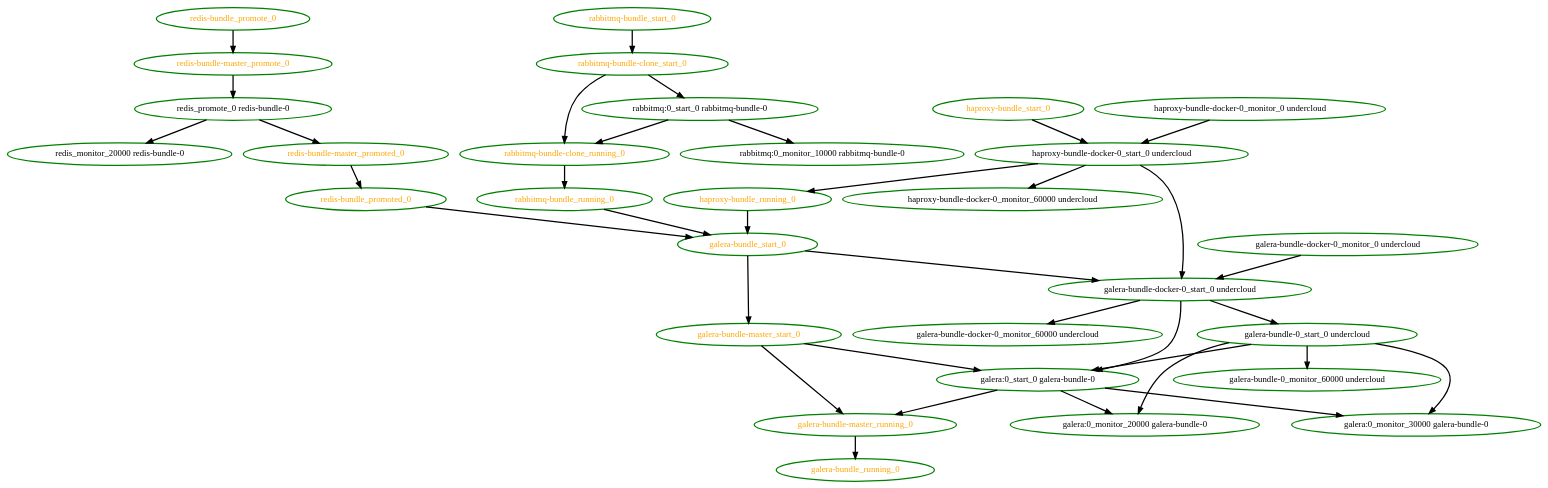
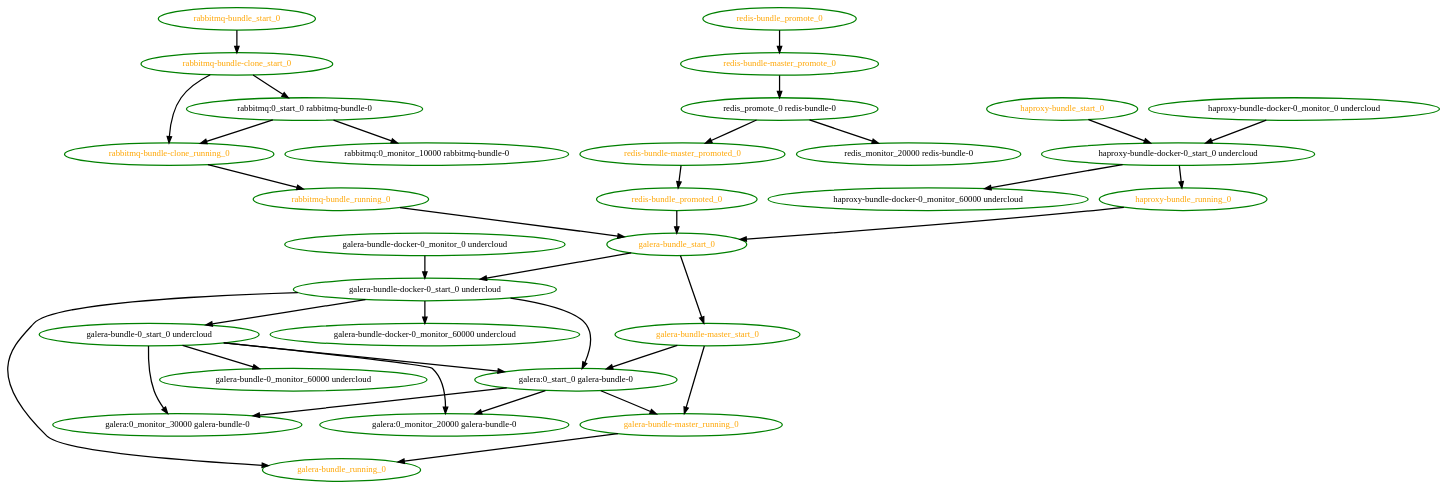
Before and after one commit to ClusterLabs/pacemaker: the diagram in pengine/test10/bundle-order-partial-start.dot, drawn with Graphviz. The commit also changed 12 other files, not shown here.

```diff
--- a/pengine/test10/bundle-order-partial-start.dot
+++ b/pengine/test10/bundle-order-partial-start.dot
@@ -1,66 +1,66 @@
 digraph "g" {
 "galera-bundle-0_monitor_60000 undercloud" [ style=bold color="green" fontcolor="black"]
 "galera-bundle-0_start_0 undercloud" -> "galera-bundle-0_monitor_60000 undercloud" [ style = bold]
 "galera-bundle-0_start_0 undercloud" -> "galera:0_monitor_20000 galera-bundle-0" [ style = bold]
 "galera-bundle-0_start_0 undercloud" -> "galera:0_monitor_30000 galera-bundle-0" [ style = bold]
 "galera-bundle-0_start_0 undercloud" -> "galera:0_start_0 galera-bundle-0" [ style = bold]
 "galera-bundle-0_start_0 undercloud" [ style=bold color="green" fontcolor="black"]
 "galera-bundle-docker-0_monitor_0 undercloud" -> "galera-bundle-docker-0_start_0 undercloud" [ style = bold]
 "galera-bundle-docker-0_monitor_0 undercloud" [ style=bold color="green" fontcolor="black"]
 "galera-bundle-docker-0_monitor_60000 undercloud" [ style=bold color="green" fontcolor="black"]
 "galera-bundle-docker-0_start_0 undercloud" -> "galera-bundle-0_start_0 undercloud" [ style = bold]
 "galera-bundle-docker-0_start_0 undercloud" -> "galera-bundle-docker-0_monitor_60000 undercloud" [ style = bold]
+"galera-bundle-docker-0_start_0 undercloud" -> "galera-bundle_running_0" [ style = bold]
 "galera-bundle-docker-0_start_0 undercloud" -> "galera:0_start_0 galera-bundle-0" [ style = bold]
 "galera-bundle-docker-0_start_0 undercloud" [ style=bold color="green" fontcolor="black"]
 "galera-bundle-master_running_0" -> "galera-bundle_running_0" [ style = bold]
 "galera-bundle-master_running_0" [ style=bold color="green" fontcolor="orange"]
 "galera-bundle-master_start_0" -> "galera-bundle-master_running_0" [ style = bold]
 "galera-bundle-master_start_0" -> "galera:0_start_0 galera-bundle-0" [ style = bold]
 "galera-bundle-master_start_0" [ style=bold color="green" fontcolor="orange"]
 "galera-bundle_running_0" [ style=bold color="green" fontcolor="orange"]
 "galera-bundle_start_0" -> "galera-bundle-docker-0_start_0 undercloud" [ style = bold]
 "galera-bundle_start_0" -> "galera-bundle-master_start_0" [ style = bold]
 "galera-bundle_start_0" [ style=bold color="green" fontcolor="orange"]
 "galera:0_monitor_20000 galera-bundle-0" [ style=bold color="green" fontcolor="black"]
 "galera:0_monitor_30000 galera-bundle-0" [ style=bold color="green" fontcolor="black"]
 "galera:0_start_0 galera-bundle-0" -> "galera-bundle-master_running_0" [ style = bold]
 "galera:0_start_0 galera-bundle-0" -> "galera:0_monitor_20000 galera-bundle-0" [ style = bold]
 "galera:0_start_0 galera-bundle-0" -> "galera:0_monitor_30000 galera-bundle-0" [ style = bold]
 "galera:0_start_0 galera-bundle-0" [ style=bold color="green" fontcolor="black"]
 "haproxy-bundle-docker-0_monitor_0 undercloud" -> "haproxy-bundle-docker-0_start_0 undercloud" [ style = bold]
 "haproxy-bundle-docker-0_monitor_0 undercloud" [ style=bold color="green" fontcolor="black"]
 "haproxy-bundle-docker-0_monitor_60000 undercloud" [ style=bold color="green" fontcolor="black"]
-"haproxy-bundle-docker-0_start_0 undercloud" -> "galera-bundle-docker-0_start_0 undercloud" [ style = bold]
 "haproxy-bundle-docker-0_start_0 undercloud" -> "haproxy-bundle-docker-0_monitor_60000 undercloud" [ style = bold]
 "haproxy-bundle-docker-0_start_0 undercloud" -> "haproxy-bundle_running_0" [ style = bold]
 "haproxy-bundle-docker-0_start_0 undercloud" [ style=bold color="green" fontcolor="black"]
 "haproxy-bundle_running_0" -> "galera-bundle_start_0" [ style = bold]
 "haproxy-bundle_running_0" [ style=bold color="green" fontcolor="orange"]
 "haproxy-bundle_start_0" -> "haproxy-bundle-docker-0_start_0 undercloud" [ style = bold]
 "haproxy-bundle_start_0" [ style=bold color="green" fontcolor="orange"]
 "rabbitmq-bundle-clone_running_0" -> "rabbitmq-bundle_running_0" [ style = bold]
 "rabbitmq-bundle-clone_running_0" [ style=bold color="green" fontcolor="orange"]
 "rabbitmq-bundle-clone_start_0" -> "rabbitmq-bundle-clone_running_0" [ style = bold]
 "rabbitmq-bundle-clone_start_0" -> "rabbitmq:0_start_0 rabbitmq-bundle-0" [ style = bold]
 "rabbitmq-bundle-clone_start_0" [ style=bold color="green" fontcolor="orange"]
 "rabbitmq-bundle_running_0" -> "galera-bundle_start_0" [ style = bold]
 "rabbitmq-bundle_running_0" [ style=bold color="green" fontcolor="orange"]
 "rabbitmq-bundle_start_0" -> "rabbitmq-bundle-clone_start_0" [ style = bold]
 "rabbitmq-bundle_start_0" [ style=bold color="green" fontcolor="orange"]
 "rabbitmq:0_monitor_10000 rabbitmq-bundle-0" [ style=bold color="green" fontcolor="black"]
 "rabbitmq:0_start_0 rabbitmq-bundle-0" -> "rabbitmq-bundle-clone_running_0" [ style = bold]
 "rabbitmq:0_start_0 rabbitmq-bundle-0" -> "rabbitmq:0_monitor_10000 rabbitmq-bundle-0" [ style = bold]
 "rabbitmq:0_start_0 rabbitmq-bundle-0" [ style=bold color="green" fontcolor="black"]
 "redis-bundle-master_promote_0" -> "redis_promote_0 redis-bundle-0" [ style = bold]
 "redis-bundle-master_promote_0" [ style=bold color="green" fontcolor="orange"]
 "redis-bundle-master_promoted_0" -> "redis-bundle_promoted_0" [ style = bold]
 "redis-bundle-master_promoted_0" [ style=bold color="green" fontcolor="orange"]
 "redis-bundle_promote_0" -> "redis-bundle-master_promote_0" [ style = bold]
 "redis-bundle_promote_0" [ style=bold color="green" fontcolor="orange"]
 "redis-bundle_promoted_0" -> "galera-bundle_start_0" [ style = bold]
 "redis-bundle_promoted_0" [ style=bold color="green" fontcolor="orange"]
 "redis_monitor_20000 redis-bundle-0" [ style=bold color="green" fontcolor="black"]
 "redis_promote_0 redis-bundle-0" -> "redis-bundle-master_promoted_0" [ style = bold]
 "redis_promote_0 redis-bundle-0" -> "redis_monitor_20000 redis-bundle-0" [ style = bold]
 "redis_promote_0 redis-bundle-0" [ style=bold color="green" fontcolor="black"]
 }
```
